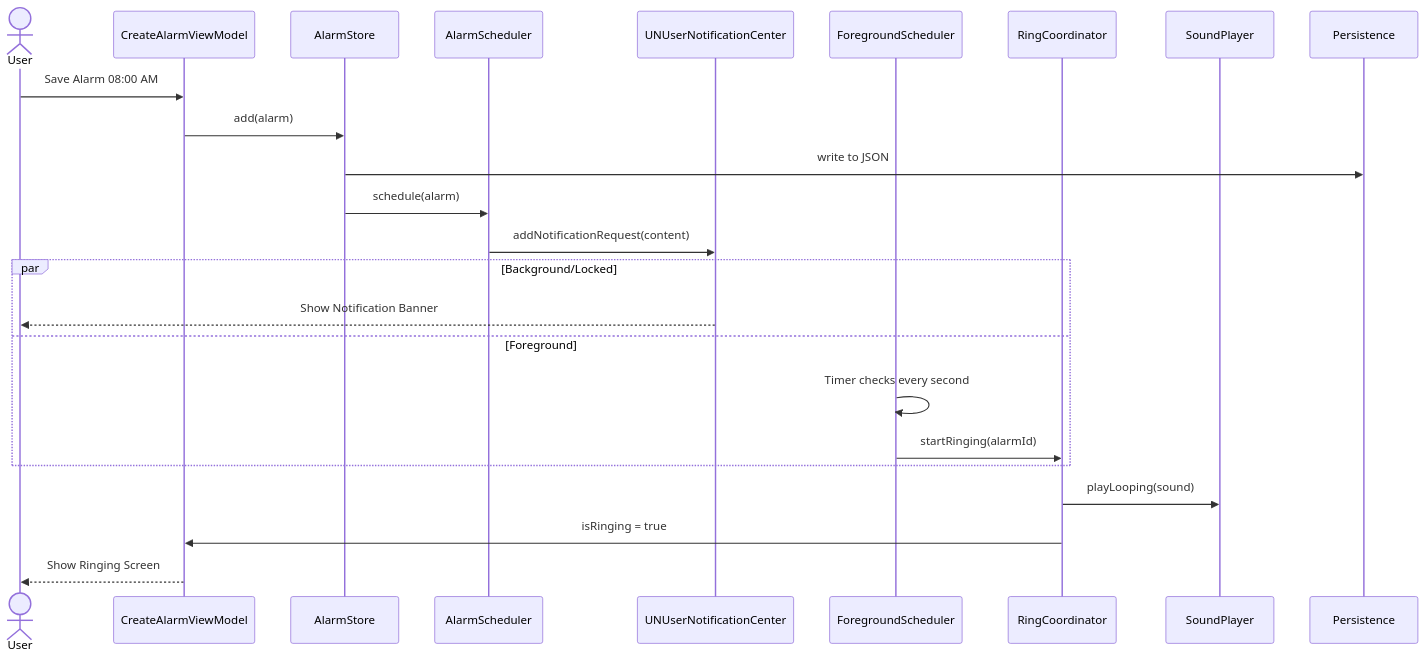
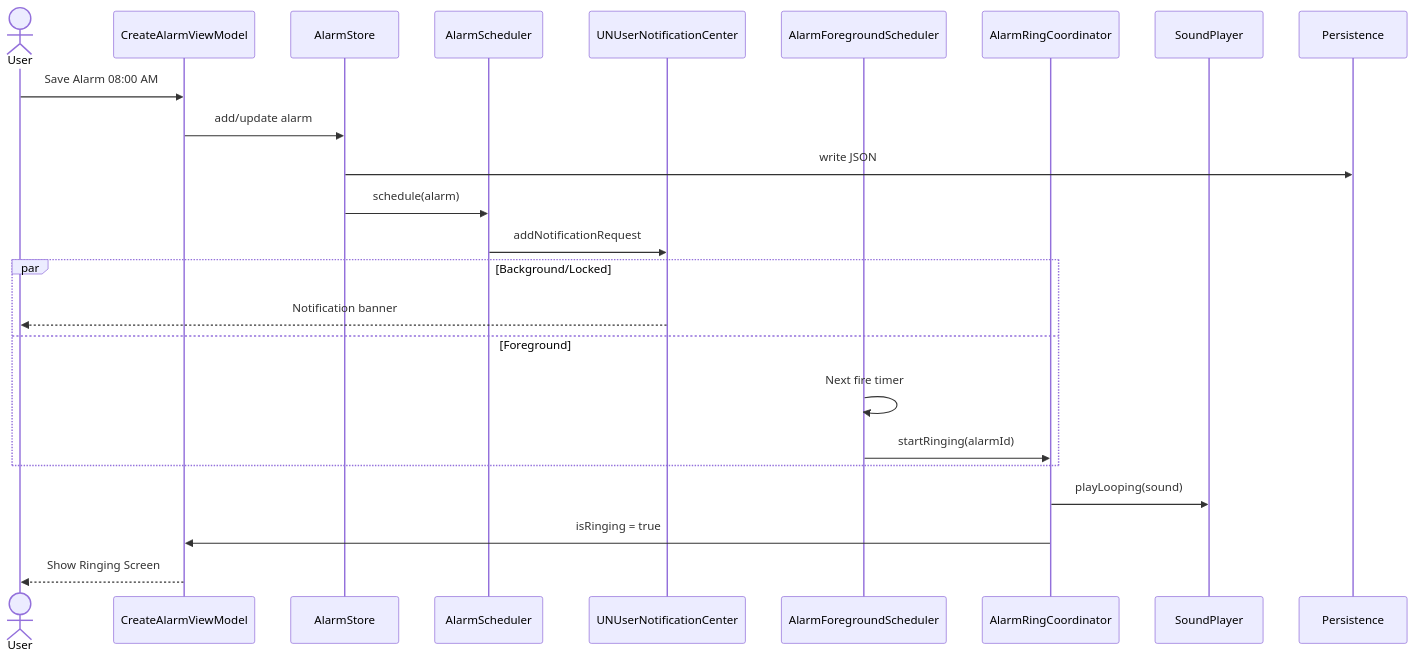
Before and after one commit to Rudreysh/alarmapp: the third of 4 diagrams in codemap.md, drawn with Mermaid. The commit also changed other lines of this file and 132 other files, not shown here.

````diff
--- a/codemap.md
+++ b/codemap.md
@@ -123,28 +134,28 @@
 ```mermaid
 sequenceDiagram
     actor User
     participant UI as CreateAlarmViewModel
     participant Store as AlarmStore
     participant Scheduler as AlarmScheduler
     participant System as UNUserNotificationCenter
-    participant FG as ForegroundScheduler
-    participant Ring as RingCoordinator
+    participant FG as AlarmForegroundScheduler
+    participant Ring as AlarmRingCoordinator
     participant Audio as SoundPlayer
-    
+
     User->>UI: Save Alarm 08:00 AM
-    UI->>Store: add(alarm)
-    Store->>Persistence: write to JSON
+    UI->>Store: add/update alarm
+    Store->>Persistence: write JSON
     Store->>Scheduler: schedule(alarm)
-    Scheduler->>System: addNotificationRequest(content)
-    
+    Scheduler->>System: addNotificationRequest
+
     par Background/Locked
-        System-->>User: Show Notification Banner
+        System-->>User: Notification banner
     and Foreground
-        FG->>FG: Timer checks every second
+        FG->>FG: Next fire timer
         FG->>Ring: startRinging(alarmId)
     end
-    
+
     Ring->>Audio: playLooping(sound)
     Ring->>UI: isRinging = true
     UI-->>User: Show Ringing Screen
 ```
````
